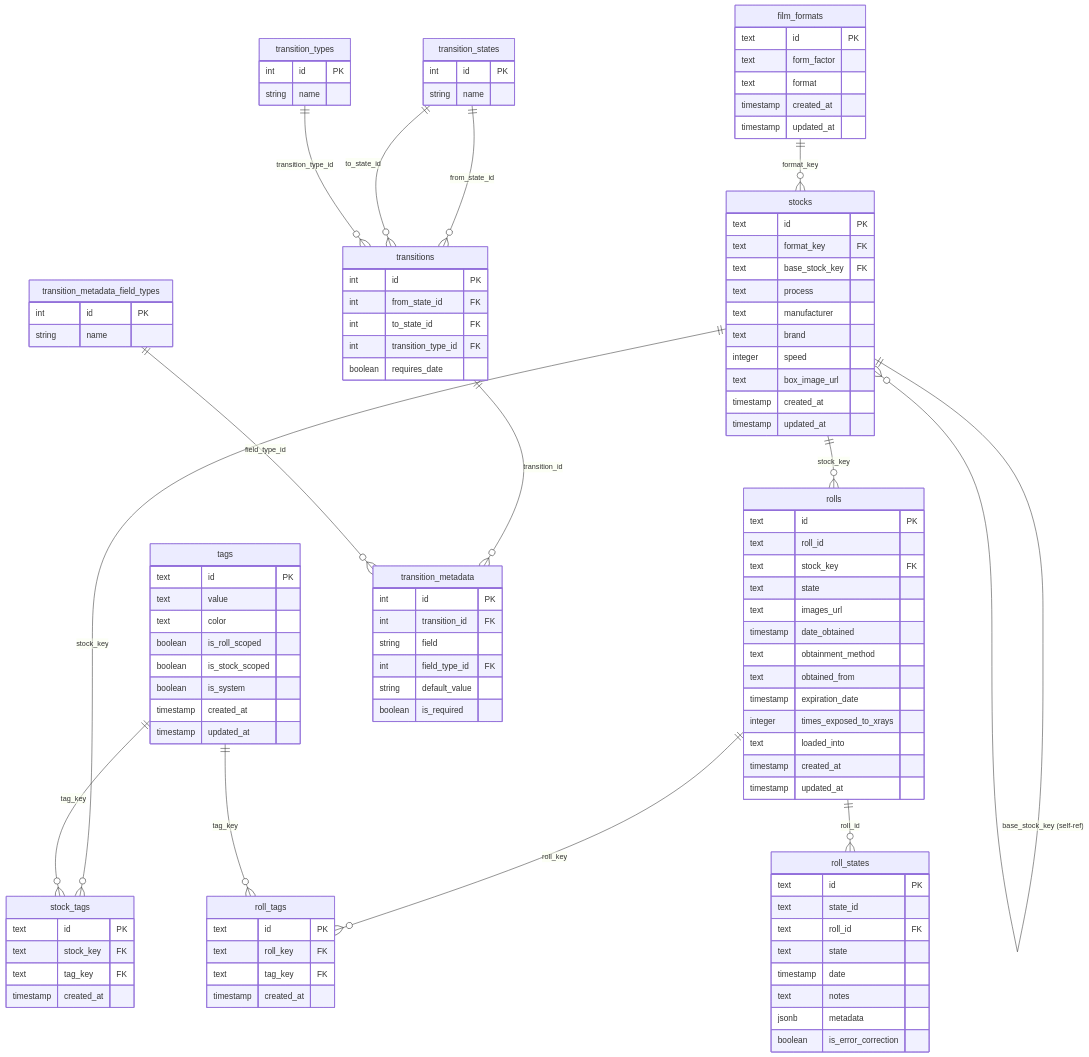
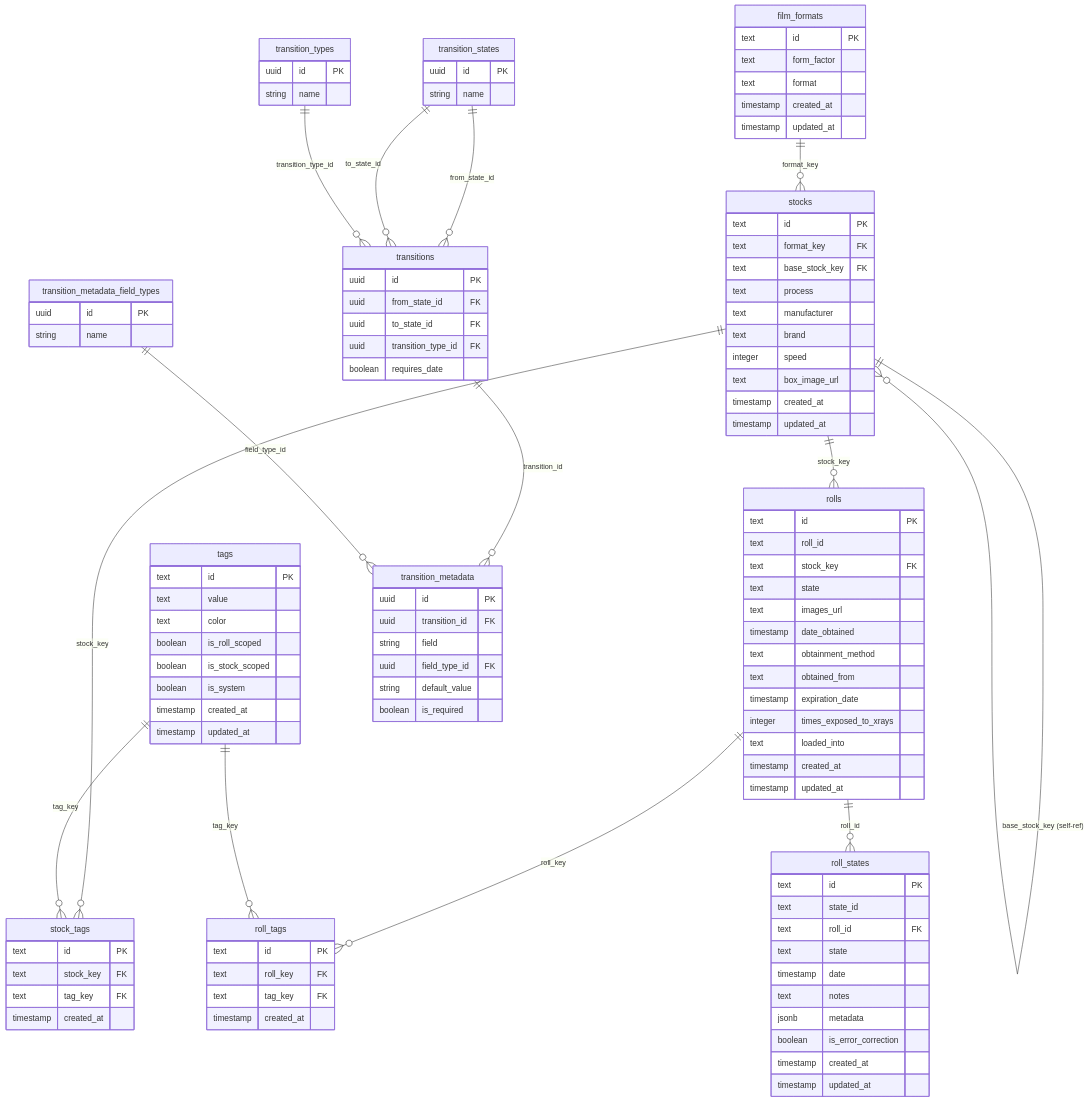
Before and after one commit to SpikeShotThis/frollz: the diagram in docs/entity-relationship.md, drawn with Mermaid. The commit also changed 4 other files, not shown here.

First line of the commit message:
chore: consolidate CLAUDE.md, clean up README, unify .gitignore, add ERD and API docs (#133)

```diff
--- a/docs/entity-relationship.md
+++ b/docs/entity-relationship.md
@@ -68,6 +68,8 @@
         text notes
         jsonb metadata
         boolean is_error_correction
+        timestamp created_at
+        timestamp updated_at
     }
 
     roll_tags {
@@ -78,33 +80,33 @@
     }
 
     transition_states {
-        int id PK
+        uuid id PK
         string name
     }
 
     transition_types {
-        int id PK
+        uuid id PK
         string name
     }
 
     transition_metadata_field_types {
-        int id PK
+        uuid id PK
         string name
     }
 
     transitions {
-        int id PK
-        int from_state_id FK
-        int to_state_id FK
-        int transition_type_id FK
+        uuid id PK
+        uuid from_state_id FK
+        uuid to_state_id FK
+        uuid transition_type_id FK
         boolean requires_date
     }
 
     transition_metadata {
-        int id PK
-        int transition_id FK
+        uuid id PK
+        uuid transition_id FK
         string field
-        int field_type_id FK
+        uuid field_type_id FK
         string default_value
         boolean is_required
     }
```
